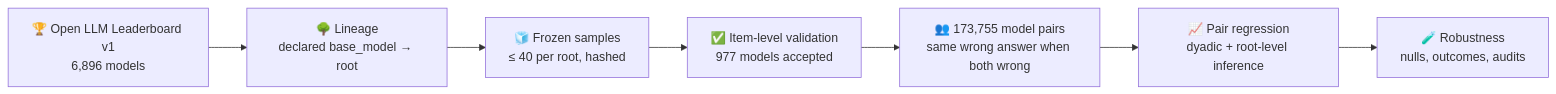
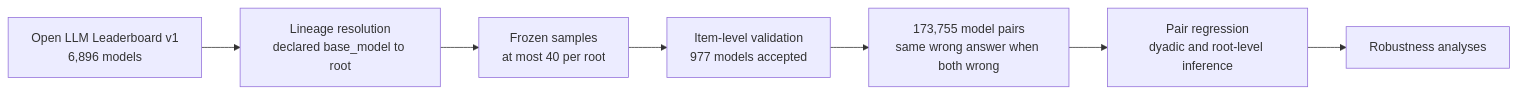
Before and after one commit to Sudharsanselvaraj/Identifiable-Variance-Decomposition-of-Correlated-Errors-in-Foundation-Models: the diagram in README.md, drawn with Mermaid. The commit also changed other lines of this file, not shown here.

````diff
--- a/README.md
+++ b/README.md
@@ -63,9 +59,9 @@
 ```mermaid
 flowchart LR
-    A["🏆 Open LLM Leaderboard v1<br/>6,896 models"] --> B["🌳 Lineage<br/>declared base_model → root"]
-    B --> C["🧊 Frozen samples<br/>≤ 40 per root, hashed"]
-    C --> D["✅ Item-level validation<br/>977 models accepted"]
-    D --> E["👥 173,755 model pairs<br/>same wrong answer when both wrong"]
-    E --> F["📈 Pair regression<br/>dyadic + root-level inference"]
-    F --> G["🧪 Robustness<br/>nulls, outcomes, audits"]
+    A["Open LLM Leaderboard v1<br/>6,896 models"] --> B["Lineage resolution<br/>declared base_model to root"]
+    B --> C["Frozen samples<br/>at most 40 per root"]
+    C --> D["Item-level validation<br/>977 models accepted"]
+    D --> E["173,755 model pairs<br/>same wrong answer when both wrong"]
+    E --> F["Pair regression<br/>dyadic and root-level inference"]
+    F --> G["Robustness analyses"]
 ```
````
